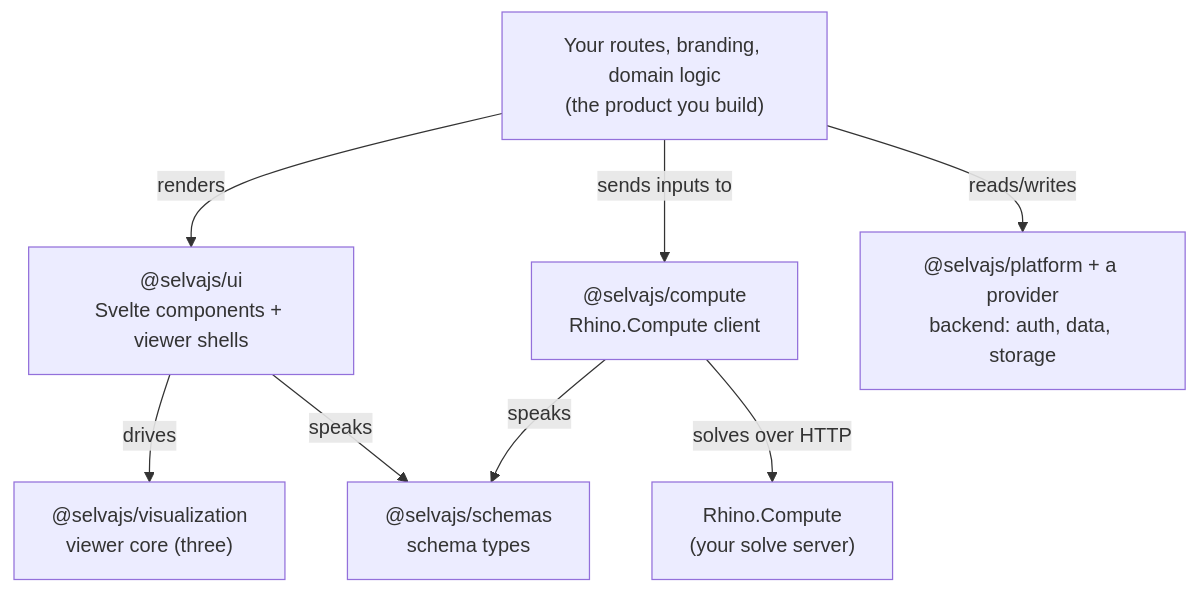
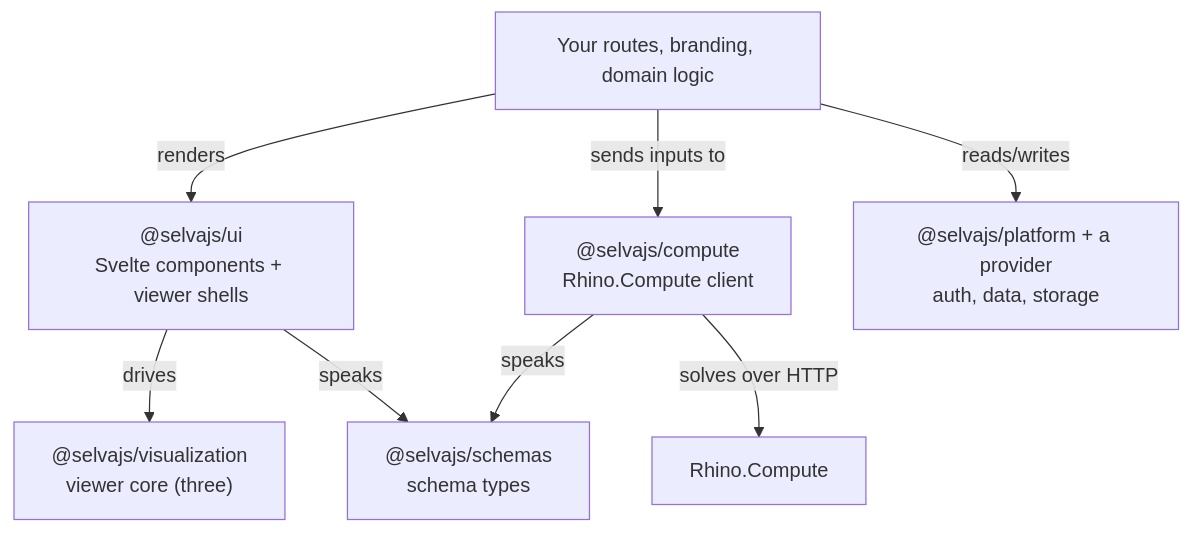
One commit to VektorNode/selva changed the diagram in docs/packages/build/overview.md. Above: the diagram before and after it, drawn with Mermaid. The commit also changed other lines of this file and 51 other files, not shown here.

````diff
--- a/docs/packages/build/overview.md
+++ b/docs/packages/build/overview.md
@@ -16,18 +14,18 @@
 ```mermaid
 flowchart TB
-    routes["Your routes, branding, domain logic<br/>(the product you build)"]
+    routes["Your routes, branding, domain logic"]
     ui["@selvajs/ui<br/>Svelte components + viewer shells"]
     viz["@selvajs/visualization<br/>viewer core (three)"]
     compute["@selvajs/compute<br/>Rhino.Compute client"]
     schemas["@selvajs/schemas<br/>schema types"]
-    platform["@selvajs/platform + a provider<br/>backend: auth, data, storage"]
-    rc["Rhino.Compute<br/>(your solve server)"]
+    platform["@selvajs/platform + a provider<br/>auth, data, storage"]
+    rc["Rhino.Compute"]
 
     routes -->|renders| ui
     routes -->|reads/writes| platform
     routes -->|sends inputs to| compute
     ui -->|drives| viz
     ui -->|speaks| schemas
     compute -->|speaks| schemas
     compute -->|solves over HTTP| rc
 ```
````
